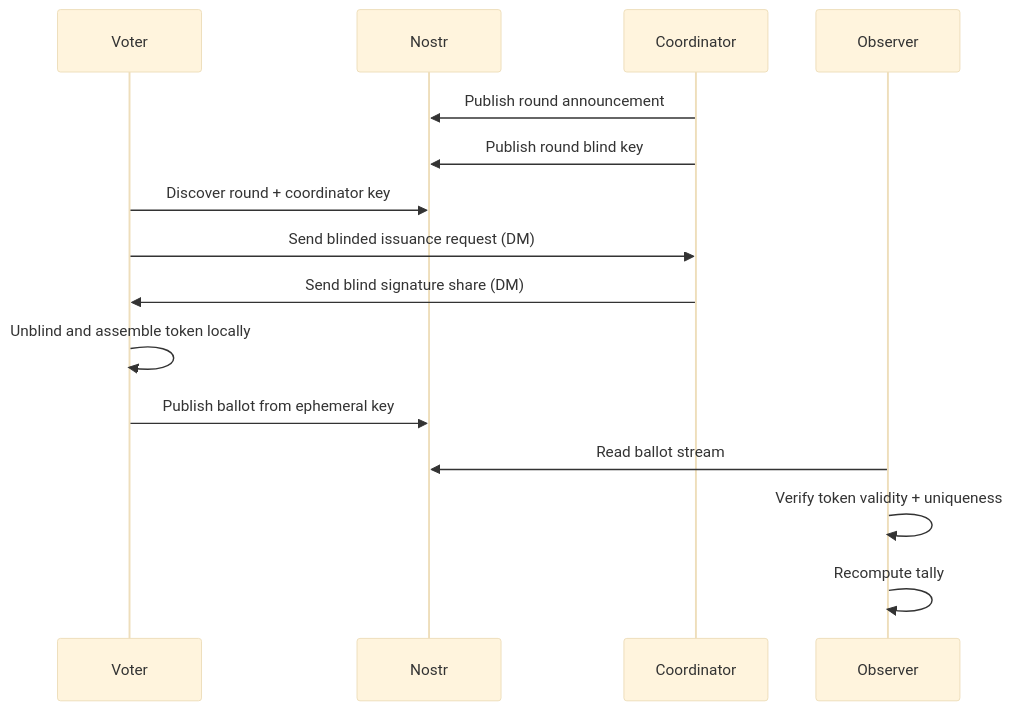
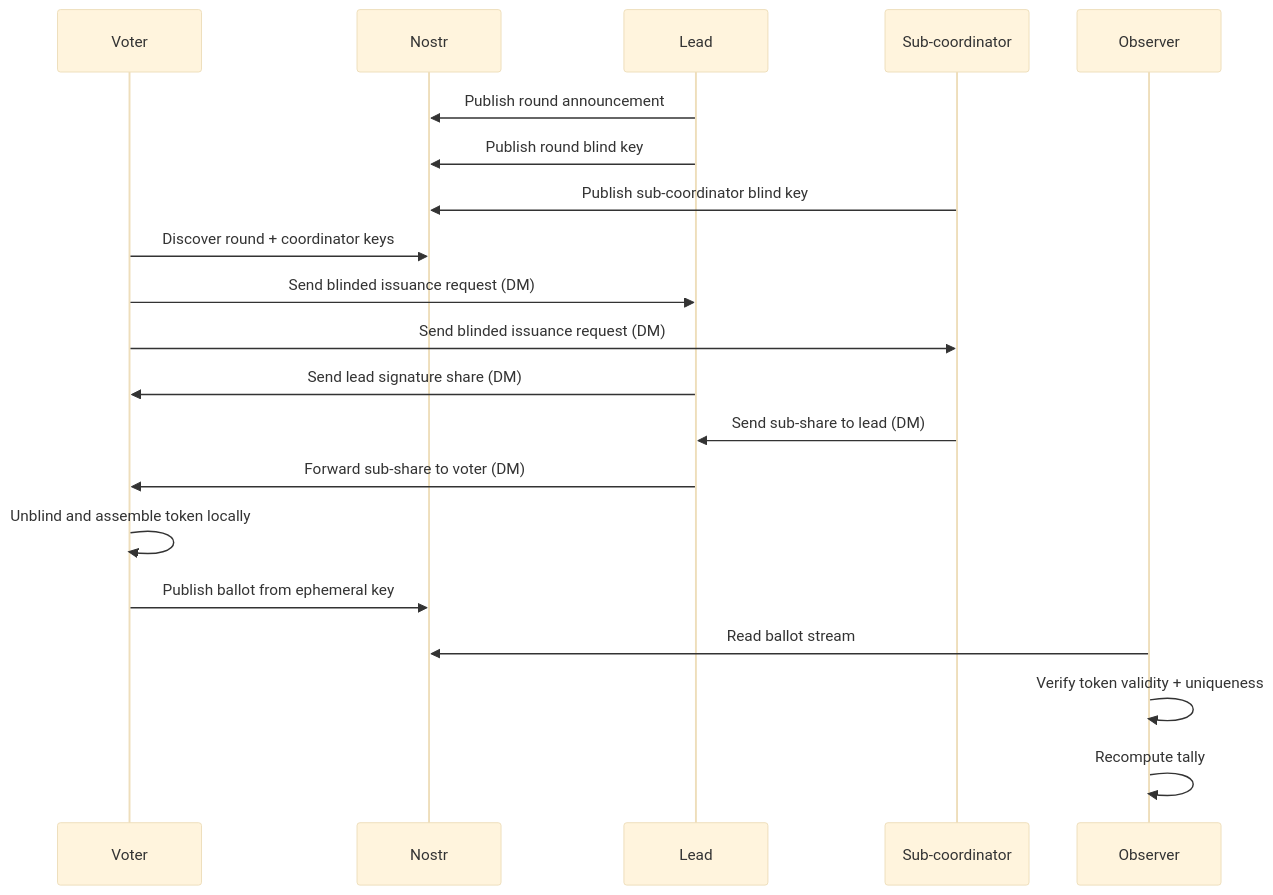
The second of 8 diagrams in docs/project-explainer.md (tidley/auditable-voting), drawn with Mermaid (base theme) before and after one commit. The commit also changed other lines of this file and 11 other files, not shown here.

````diff
--- a/docs/project-explainer.md
+++ b/docs/project-explainer.md
@@ -196,18 +196,23 @@
 ```mermaid
 sequenceDiagram
   participant V as Voter
   participant N as Nostr
-  participant C as Coordinator
+  participant L as Lead
+  participant C as Sub-coordinator
   participant O as Observer
 
-  C->>N: Publish round announcement
-  C->>N: Publish round blind key
-  V->>N: Discover round + coordinator key
+  L->>N: Publish round announcement
+  L->>N: Publish round blind key
+  C->>N: Publish sub-coordinator blind key
+  V->>N: Discover round + coordinator keys
+  V->>L: Send blinded issuance request (DM)
   V->>C: Send blinded issuance request (DM)
-  C->>V: Send blind signature share (DM)
+  L->>V: Send lead signature share (DM)
+  C->>L: Send sub-share to lead (DM)
+  L->>V: Forward sub-share to voter (DM)
   V->>V: Unblind and assemble token locally
   V->>N: Publish ballot from ephemeral key
   O->>N: Read ballot stream
   O->>O: Verify token validity + uniqueness
   O->>O: Recompute tally
 ```
````
